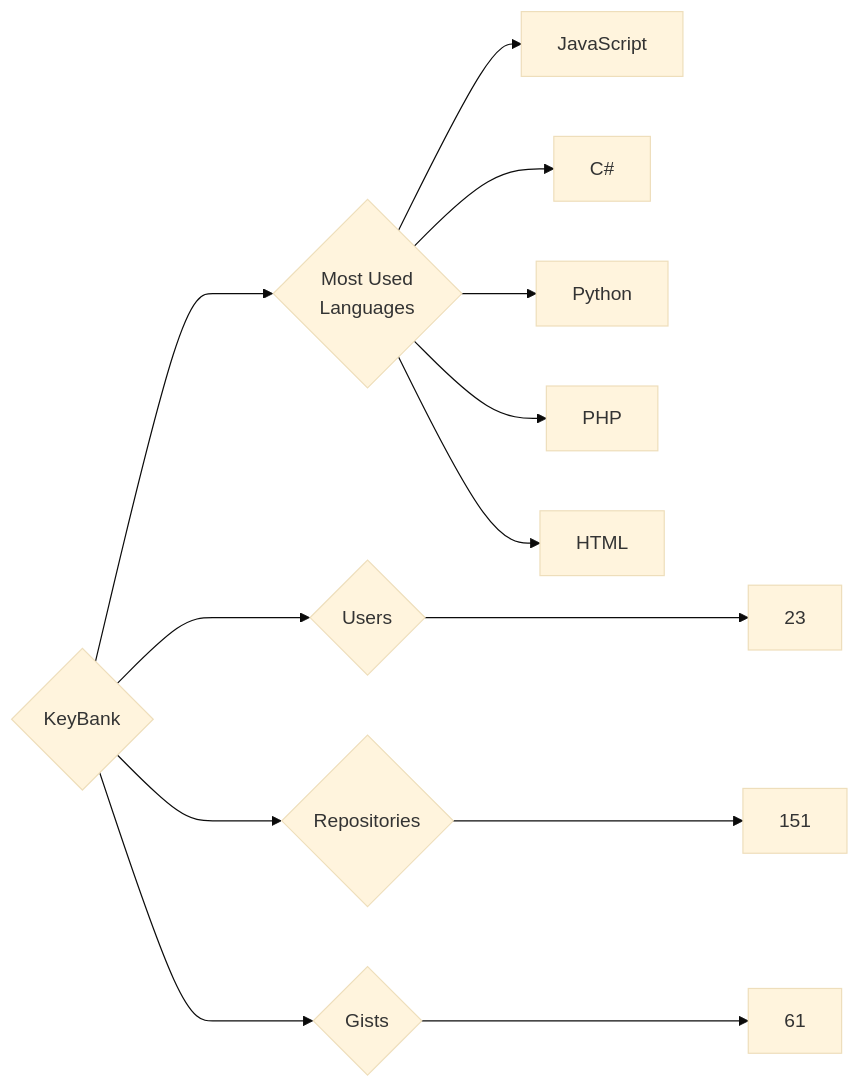
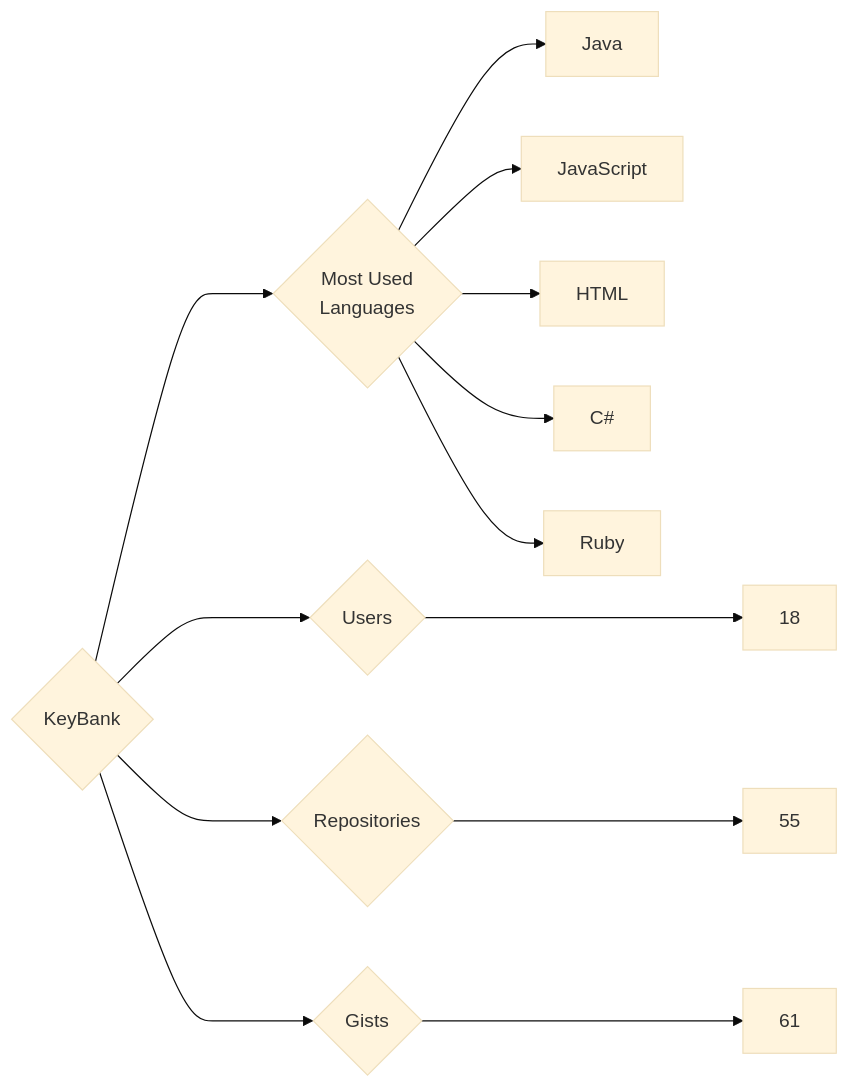
One commit to trickest/insiders changed the diagram in targets/KeyBank/README.md. Above: the diagram before and after it, drawn with Mermaid (base theme). The commit also changed 682 other files, not shown here.

````diff
--- a/targets/KeyBank/README.md
+++ b/targets/KeyBank/README.md
@@ -3,13 +3,13 @@
 ```mermaid
 graph LR
 COMPANY_NAME{KeyBank}
-COMPANY_NAME ---> U{Users} ---> UN[23]
-COMPANY_NAME ---> R{Repositories} ---> RN[151]
+COMPANY_NAME ---> U{Users} ---> UN[18]
+COMPANY_NAME ---> R{Repositories} ---> RN[55]
 COMPANY_NAME ---> G{Gists} ---> GN[61]
 COMPANY_NAME ---> ML{Most Used<br>Languages}
+ML --> Java[Java]
 ML --> JavaScript[JavaScript]
+ML --> HTML[HTML]
 ML --> C#[C#]
-ML --> Python[Python]
-ML --> PHP[PHP]
-ML --> HTML[HTML]
+ML --> Ruby[Ruby]
 ```
````
